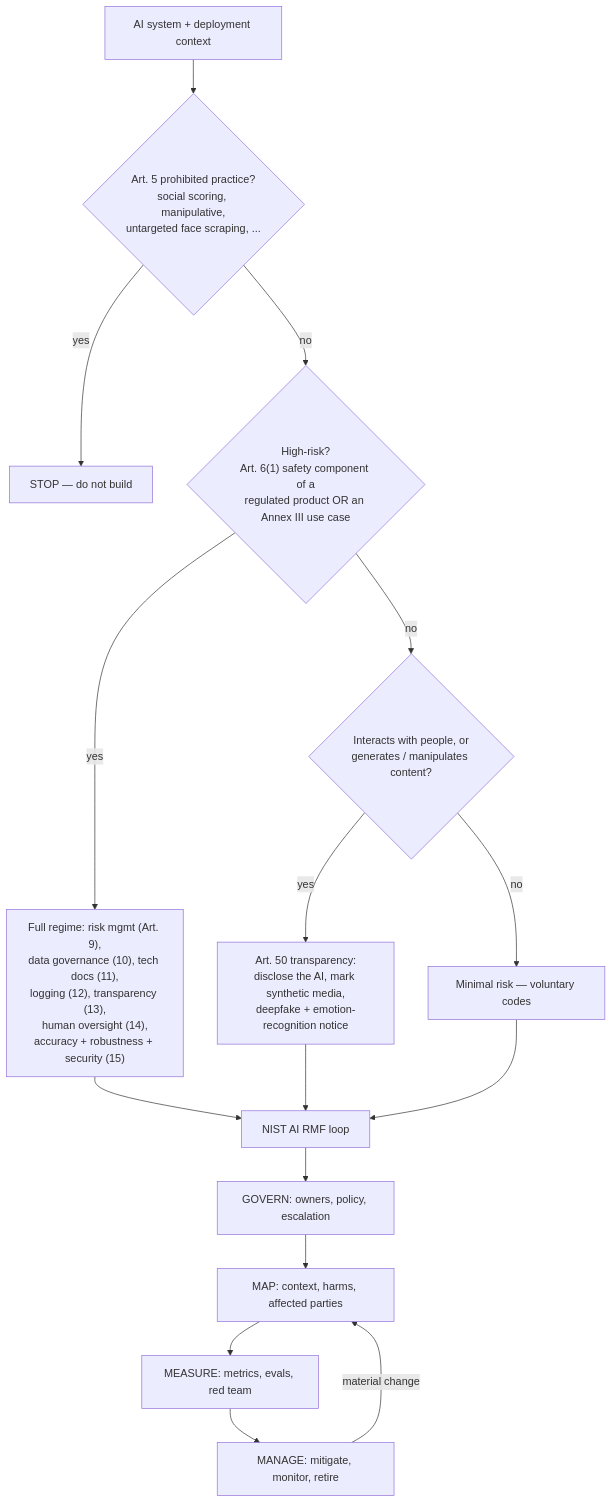
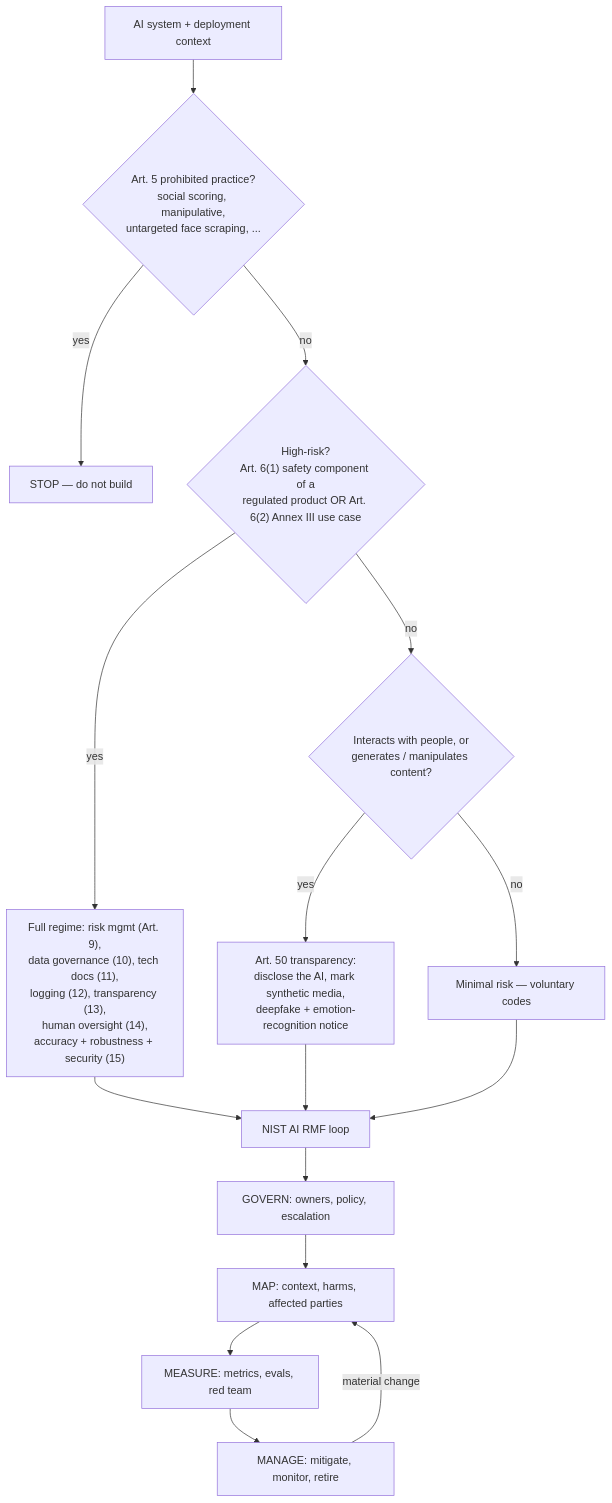
Before and after one commit to ArasaniRohithReddy/LearningOS: the diagram in .github/skills/ai-governance-coach/SKILL.md, drawn with Mermaid. The commit also changed 28 other files, not shown here.

````diff
--- a/.github/skills/ai-governance-coach/SKILL.md
+++ b/.github/skills/ai-governance-coach/SKILL.md
@@ -34,18 +34,18 @@
 ```mermaid
 flowchart TD
   S["AI system + deployment context"] --> P{"Art. 5 prohibited practice?<br/>social scoring, manipulative,<br/>untargeted face scraping, ..."}
   P -->|yes| STOP["STOP — do not build"]
-  P -->|no| H{"High-risk?<br/>Art. 6(1) safety component of a<br/>regulated product OR an Annex III use case"}
+  P -->|no| H{"High-risk?<br/>Art. 6(1) safety component of a<br/>regulated product OR Art. 6(2) Annex III use case"}
   H -->|yes| HR["Full regime: risk mgmt (Art. 9),<br/>data governance (10), tech docs (11),<br/>logging (12), transparency (13),<br/>human oversight (14),<br/>accuracy + robustness + security (15)"]
   H -->|no| T{"Interacts with people, or<br/>generates / manipulates content?"}
   T -->|yes| TR["Art. 50 transparency:<br/>disclose the AI, mark synthetic media,<br/>deepfake + emotion-recognition notice"]
   T -->|no| MIN["Minimal risk — voluntary codes"]
   HR --> G["NIST AI RMF loop"]
   TR --> G
   MIN --> G
   G --> M1["GOVERN: owners, policy, escalation"]
   M1 --> M2["MAP: context, harms, affected parties"]
   M2 --> M3["MEASURE: metrics, evals, red team"]
   M3 --> M4["MANAGE: mitigate, monitor, retire"]
   M4 -->|material change| M2
 ```
````
